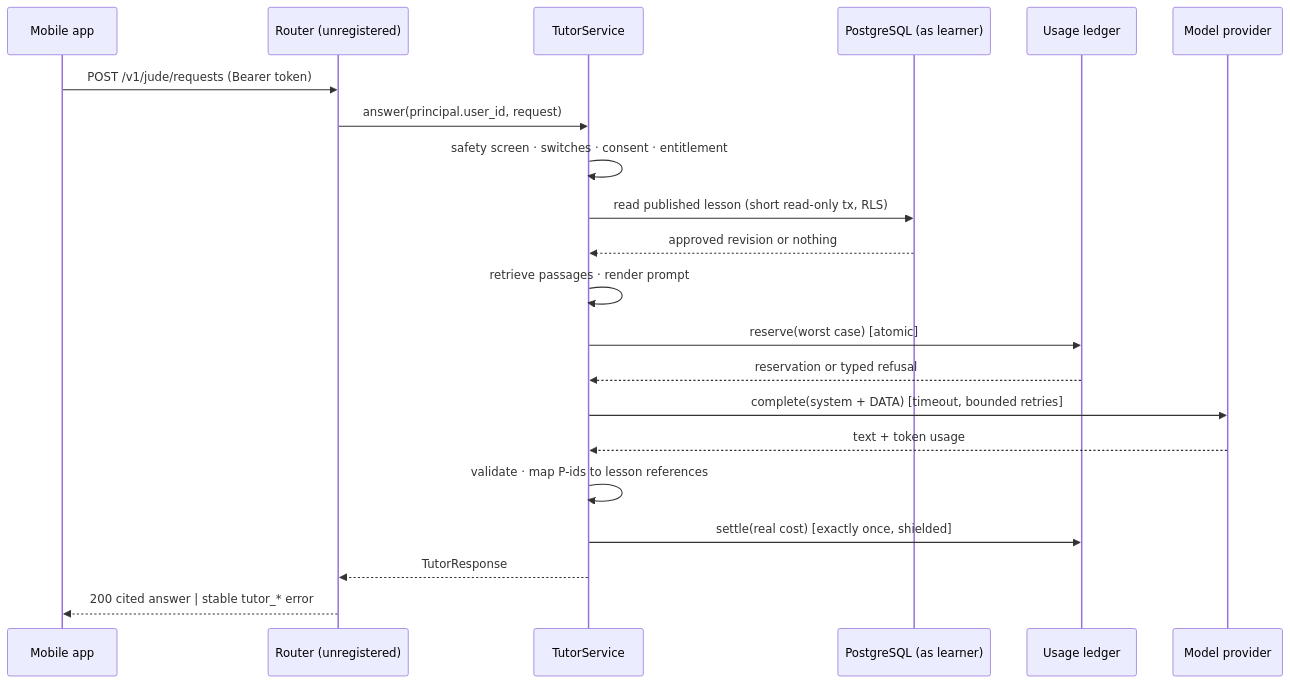
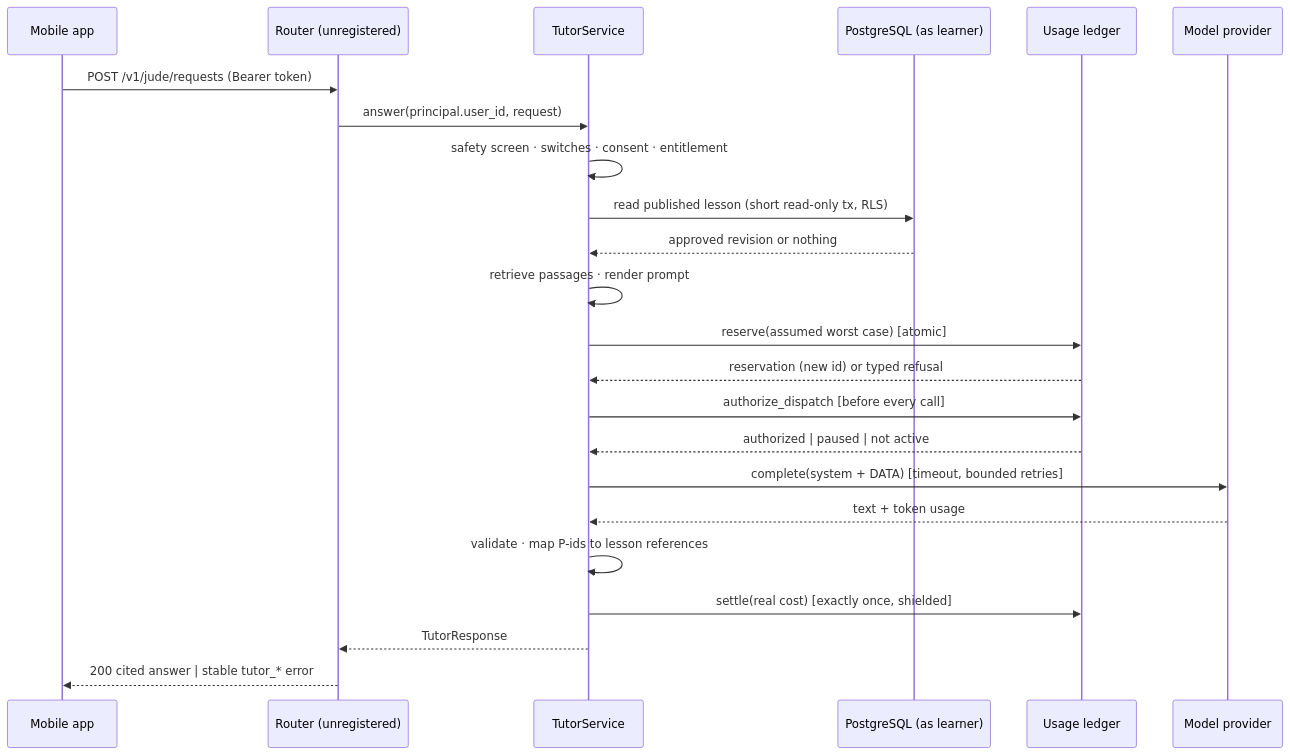
One commit to steevy-cpu/edupreneurs-platform changed the diagram in docs/jude-01/02-request-flow.md. Above: the diagram before and after it, drawn with Mermaid. The commit also changed other lines of this file and 12 other files, not shown here.

````diff
--- a/docs/jude-01/02-request-flow.md
+++ b/docs/jude-01/02-request-flow.md
@@ -53,24 +59,26 @@
 ```mermaid
 sequenceDiagram
     participant App as Mobile app
     participant R as Router (unregistered)
     participant S as TutorService
     participant DB as PostgreSQL (as learner)
     participant L as Usage ledger
     participant M as Model provider
 
     App->>R: POST /v1/jude/requests (Bearer token)
     R->>S: answer(principal.user_id, request)
     S->>S: safety screen · switches · consent · entitlement
     S->>DB: read published lesson (short read-only tx, RLS)
     DB-->>S: approved revision or nothing
     S->>S: retrieve passages · render prompt
-    S->>L: reserve(worst case)  [atomic]
-    L-->>S: reservation or typed refusal
+    S->>L: reserve(assumed worst case)  [atomic]
+    L-->>S: reservation (new id) or typed refusal
+    S->>L: authorize_dispatch  [before every call]
+    L-->>S: authorized | paused | not active
     S->>M: complete(system + DATA)  [timeout, bounded retries]
     M-->>S: text + token usage
     S->>S: validate · map P-ids to lesson references
     S->>L: settle(real cost)  [exactly once, shielded]
     S-->>R: TutorResponse
     R-->>App: 200 cited answer | stable tutor_* error
 ```
````
